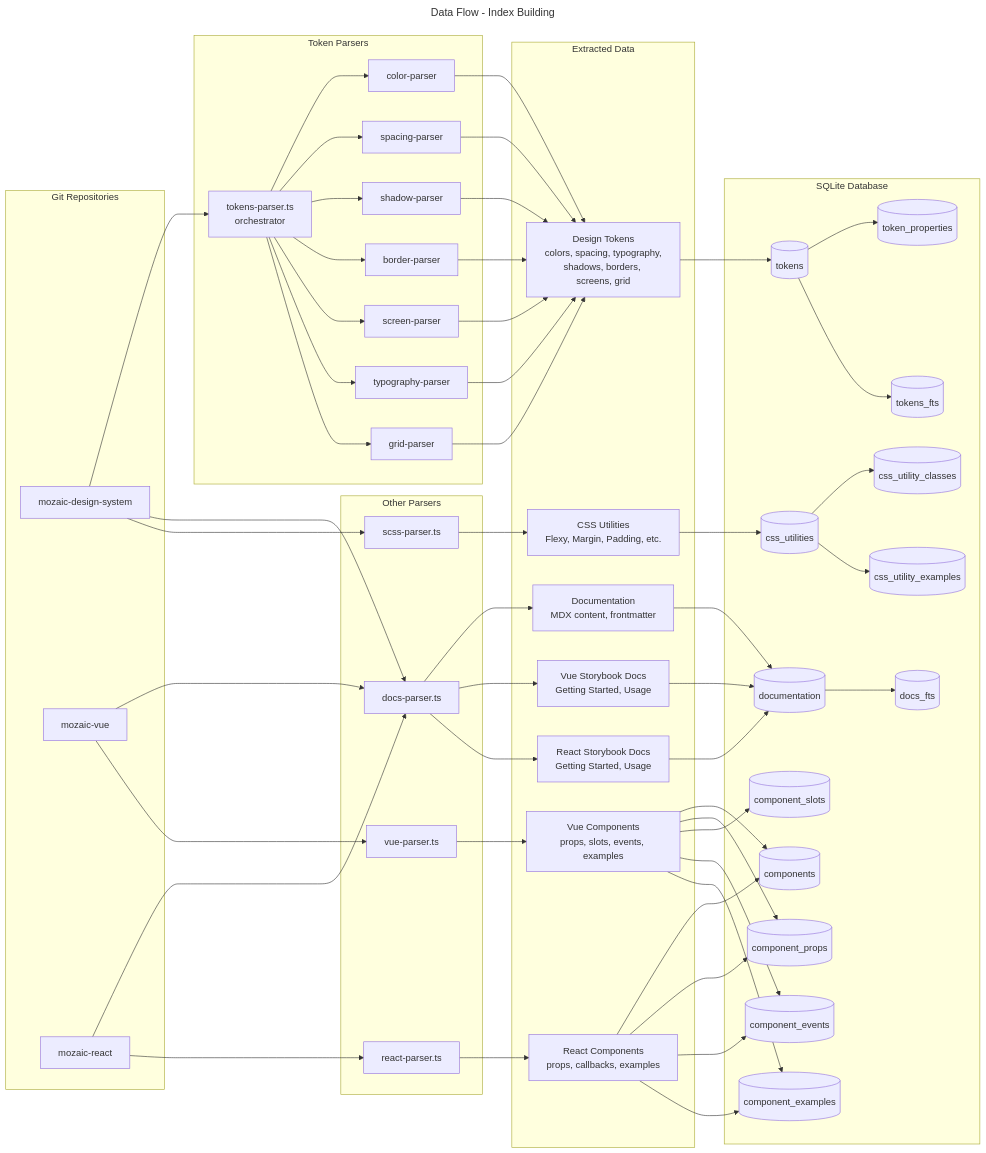
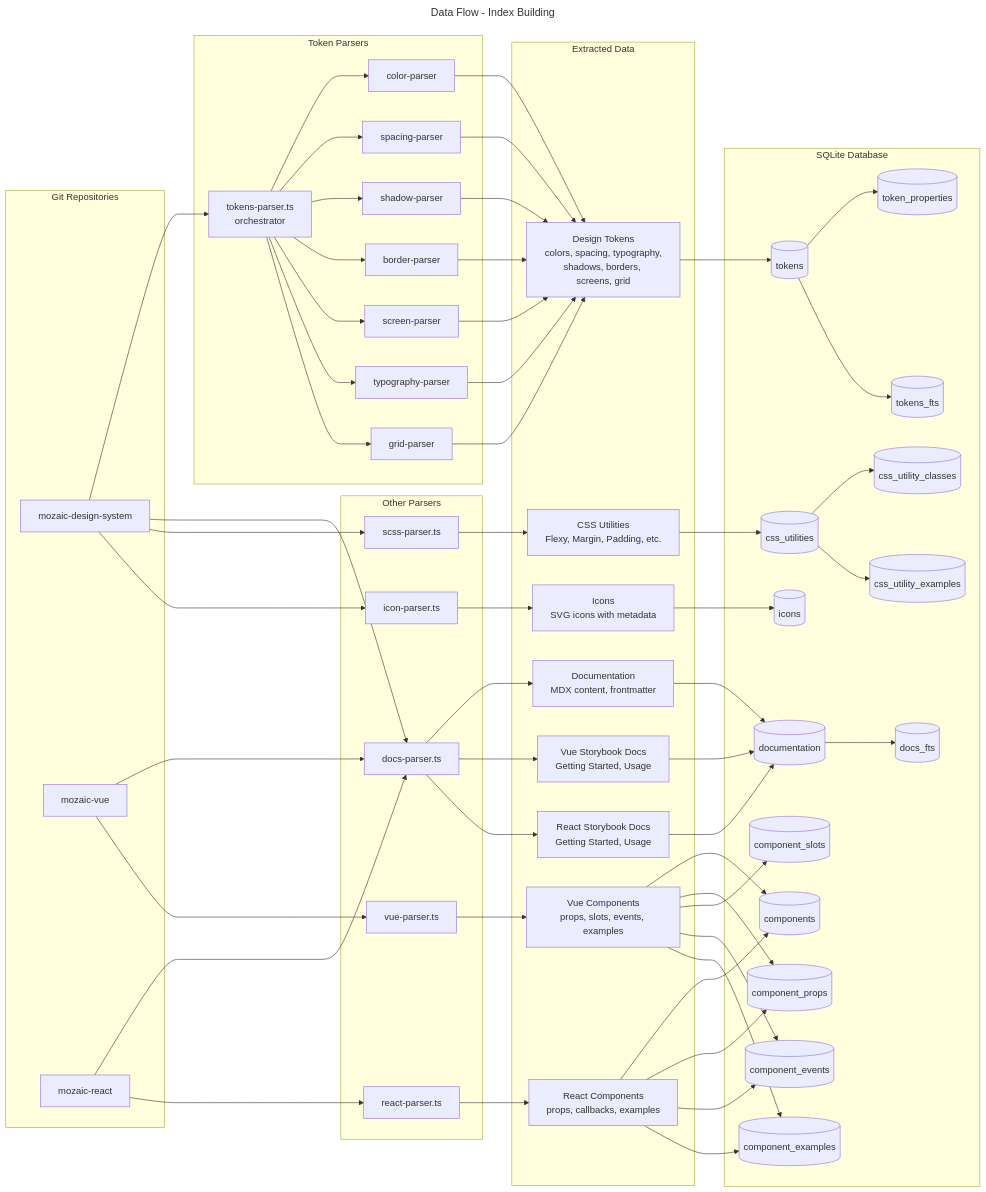
The diagram in docs/assets/dataflow.mmd (MerzoukeMansouri/adeo-mozaic-mcp), drawn with Mermaid before and after one commit. The commit also changed 12 other files, not shown here.

```diff
--- a/docs/assets/dataflow.mmd
+++ b/docs/assets/dataflow.mmd
@@ -1,70 +1,74 @@
 ---
 title: Data Flow - Index Building
 ---
 flowchart LR
     subgraph Repos["Git Repositories"]
         R1[mozaic-design-system]
         R2[mozaic-vue]
         R3[mozaic-react]
     end
 
     subgraph TokenParsers["Token Parsers"]
         TP[tokens-parser.ts<br/>orchestrator]
         TP1[color-parser]
         TP2[spacing-parser]
         TP3[shadow-parser]
         TP4[border-parser]
         TP5[screen-parser]
         TP6[typography-parser]
         TP7[grid-parser]
     end
 
     subgraph OtherParsers["Other Parsers"]
         P2[vue-parser.ts]
         P3[react-parser.ts]
         P4[docs-parser.ts]
         P5[scss-parser.ts]
+        P6[icon-parser.ts]
     end
 
     subgraph Data["Extracted Data"]
         D1[Design Tokens<br/>colors, spacing, typography,<br/>shadows, borders, screens, grid]
         D2[Vue Components<br/>props, slots, events, examples]
         D4V[Vue Storybook Docs<br/>Getting Started, Usage]
         D4R[React Storybook Docs<br/>Getting Started, Usage]
         D3[React Components<br/>props, callbacks, examples]
         D4[Documentation<br/>MDX content, frontmatter]
         D5[CSS Utilities<br/>Flexy, Margin, Padding, etc.]
+        D6[Icons<br/>SVG icons with metadata]
     end
 
     subgraph DB["SQLite Database"]
         T1[(tokens)]
         T1P[(token_properties)]
         T1F[(tokens_fts)]
         T2[(components)]
         T3[(component_props)]
         T4[(component_slots)]
         T5[(component_events)]
         T6[(component_examples)]
         T7[(documentation)]
         T8[(docs_fts)]
         CU[(css_utilities)]
         CUC[(css_utility_classes)]
         CUE[(css_utility_examples)]
+        IC[(icons)]
     end
 
     R1 --> TP
     TP --> TP1 & TP2 & TP3 & TP4 & TP5 & TP6 & TP7
     TP1 & TP2 & TP3 & TP4 & TP5 & TP6 & TP7 --> D1
     D1 --> T1
     T1 --> T1P & T1F
 
     R1 --> P4 --> D4 --> T7 --> T8
     R1 --> P5 --> D5 --> CU
     CU --> CUC & CUE
     R2 --> P4 --> D4V --> T7
     R3 --> P4 --> D4R --> T7
     R2 --> P2 --> D2 --> T2
     R3 --> P3 --> D3 --> T2
 
     D2 --> T3 & T4 & T5 & T6
     D3 --> T3 & T5 & T6
+    R1 --> P6 --> D6 --> IC
```
